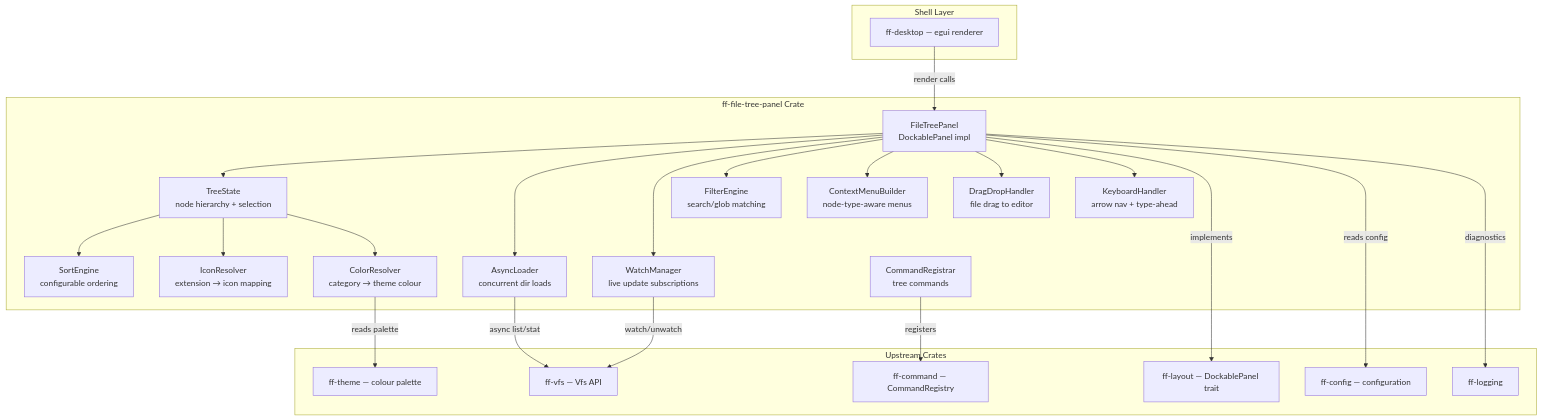
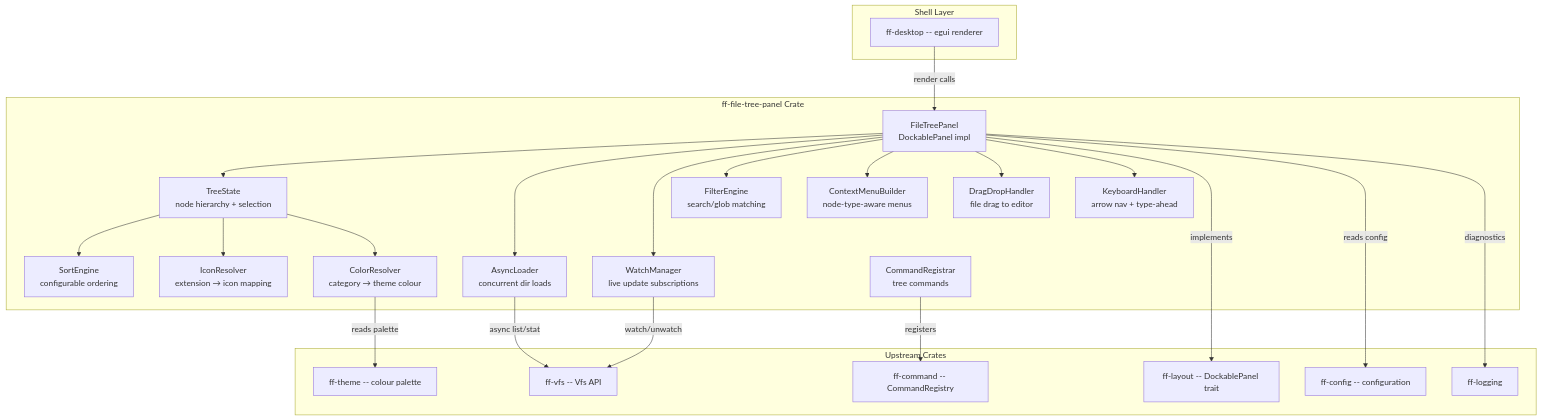
One commit to AlanWynne/FileForgeWorkbench changed the diagram in docs/specs/file-tree-panel/design.md. Above: the diagram before and after it, drawn with Mermaid. The commit also changed other lines of this file and 232 other files, not shown here.

````diff
--- a/docs/specs/file-tree-panel/design.md
+++ b/docs/specs/file-tree-panel/design.md
@@ -62,49 +62,49 @@
 ```mermaid
 graph TD
     subgraph Shell [Shell Layer]
-        DESKTOP[ff-desktop — egui renderer]
+        DESKTOP[ff-desktop -- egui renderer]
     end
 
     subgraph ff-file-tree-panel [ff-file-tree-panel Crate]
         PANEL[FileTreePanel<br/>DockablePanel impl]
         STATE[TreeState<br/>node hierarchy + selection]
         LOADER[AsyncLoader<br/>concurrent dir loads]
         WATCHER[WatchManager<br/>live update subscriptions]
         FILTER[FilterEngine<br/>search/glob matching]
         SORT[SortEngine<br/>configurable ordering]
         CTX[ContextMenuBuilder<br/>node-type-aware menus]
         DND[DragDropHandler<br/>file drag to editor]
         KBD[KeyboardHandler<br/>arrow nav + type-ahead]
         ICONS[IconResolver<br/>extension → icon mapping]
         COLORS[ColorResolver<br/>category → theme colour]
         CMD_REG[CommandRegistrar<br/>tree commands]
     end
 
     subgraph Upstream [Upstream Crates]
-        VFS[ff-vfs — Vfs API]
-        LAYOUT[ff-layout — DockablePanel trait]
-        COMMAND[ff-command — CommandRegistry]
-        CONFIG[ff-config — configuration]
-        THEME[ff-theme — colour palette]
+        VFS[ff-vfs -- Vfs API]
+        LAYOUT[ff-layout -- DockablePanel trait]
+        COMMAND[ff-command -- CommandRegistry]
+        CONFIG[ff-config -- configuration]
+        THEME[ff-theme -- colour palette]
         LOG[ff-logging]
     end
 
     DESKTOP -->|render calls| PANEL
     PANEL --> STATE
     PANEL --> LOADER
     PANEL --> WATCHER
     PANEL --> FILTER
     PANEL --> CTX
     PANEL --> DND
     PANEL --> KBD
     STATE --> SORT
     STATE --> ICONS
     STATE --> COLORS
     LOADER -->|async list/stat| VFS
     WATCHER -->|watch/unwatch| VFS
     CMD_REG -->|registers| COMMAND
     PANEL -->|implements| LAYOUT
     PANEL -->|reads config| CONFIG
     COLORS -->|reads palette| THEME
     PANEL -->|diagnostics| LOG
 ```
````
